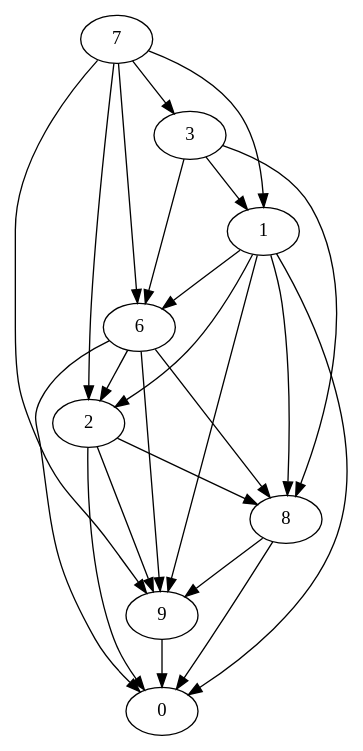
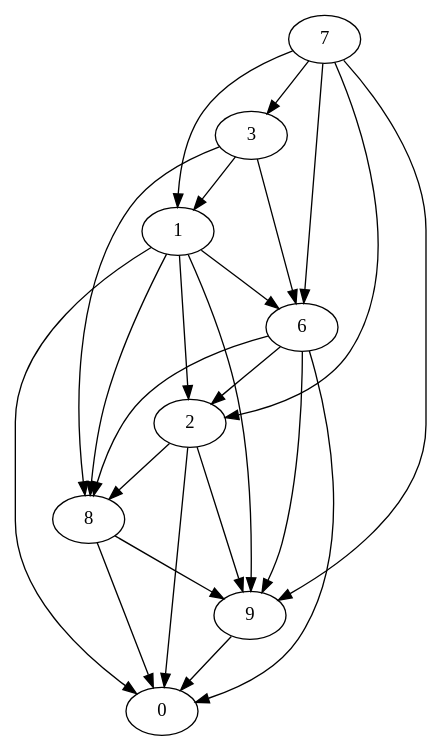
Before and after one commit to thagomizer/Euler: the diagram in 079s/graph.dot, drawn with Graphviz. The commit also changed other lines of this file and 9 other files, not shown here.

```diff
--- a/079s/graph.dot
+++ b/079s/graph.dot
@@ -1,26 +1,26 @@
 digraph 
   {
+    "3" -> "1";
+    "1" -> "9";
     "6" -> "8";
+    "8" -> "0";
+    "1" -> "8";
     "6" -> "9";
+    "9" -> "0";
+    "1" -> "2";
+    "2" -> "9";
+    "6" -> "2";
+    "2" -> "0";
+    "7" -> "6";
+    "8" -> "9";
+    "3" -> "6";
+    "7" -> "1";
+    "1" -> "0";
+    "7" -> "2";
+    "1" -> "6";
     "6" -> "0";
-    "6" -> "2";
-    "7" -> "6";
+    "7" -> "3";
+    "3" -> "8";
+    "2" -> "8";
     "7" -> "9";
-    "7" -> "1";
-    "7" -> "2";
-    "7" -> "3";
-    "8" -> "9";
-    "8" -> "0";
-    "9" -> "0";
-    "1" -> "6";
-    "1" -> "8";
-    "1" -> "9";
-    "1" -> "0";
-    "1" -> "2";
-    "2" -> "8";
-    "2" -> "9";
-    "2" -> "0";
-    "3" -> "6";
-    "3" -> "8";
-    "3" -> "1";
   }
```
